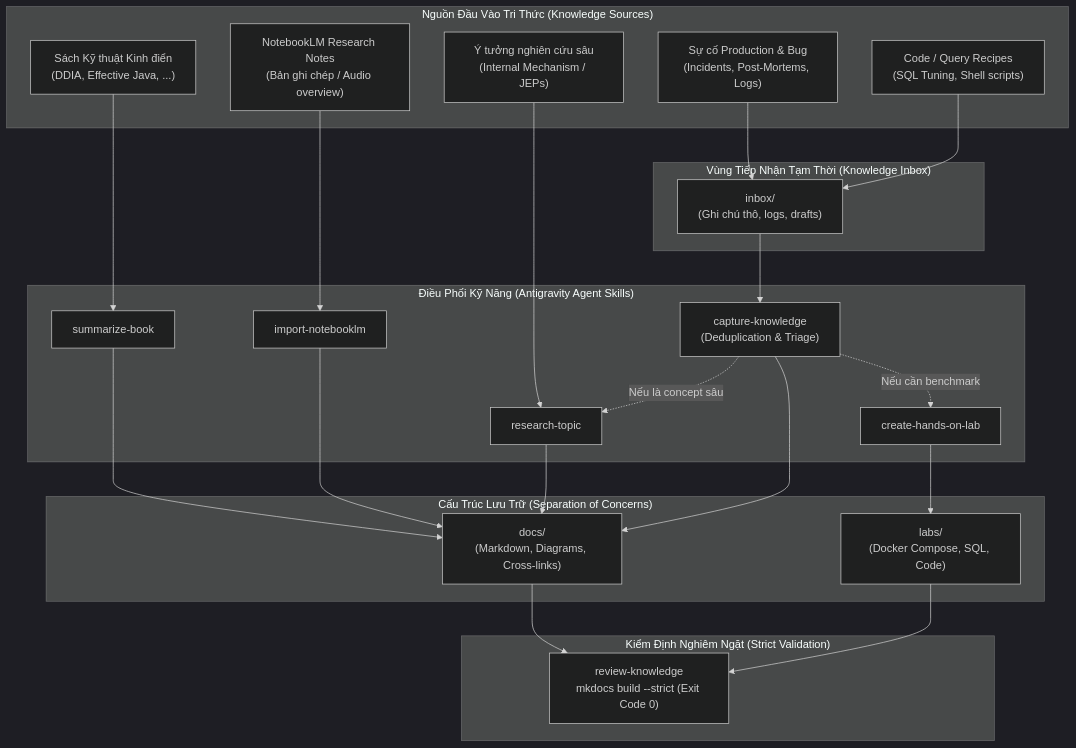
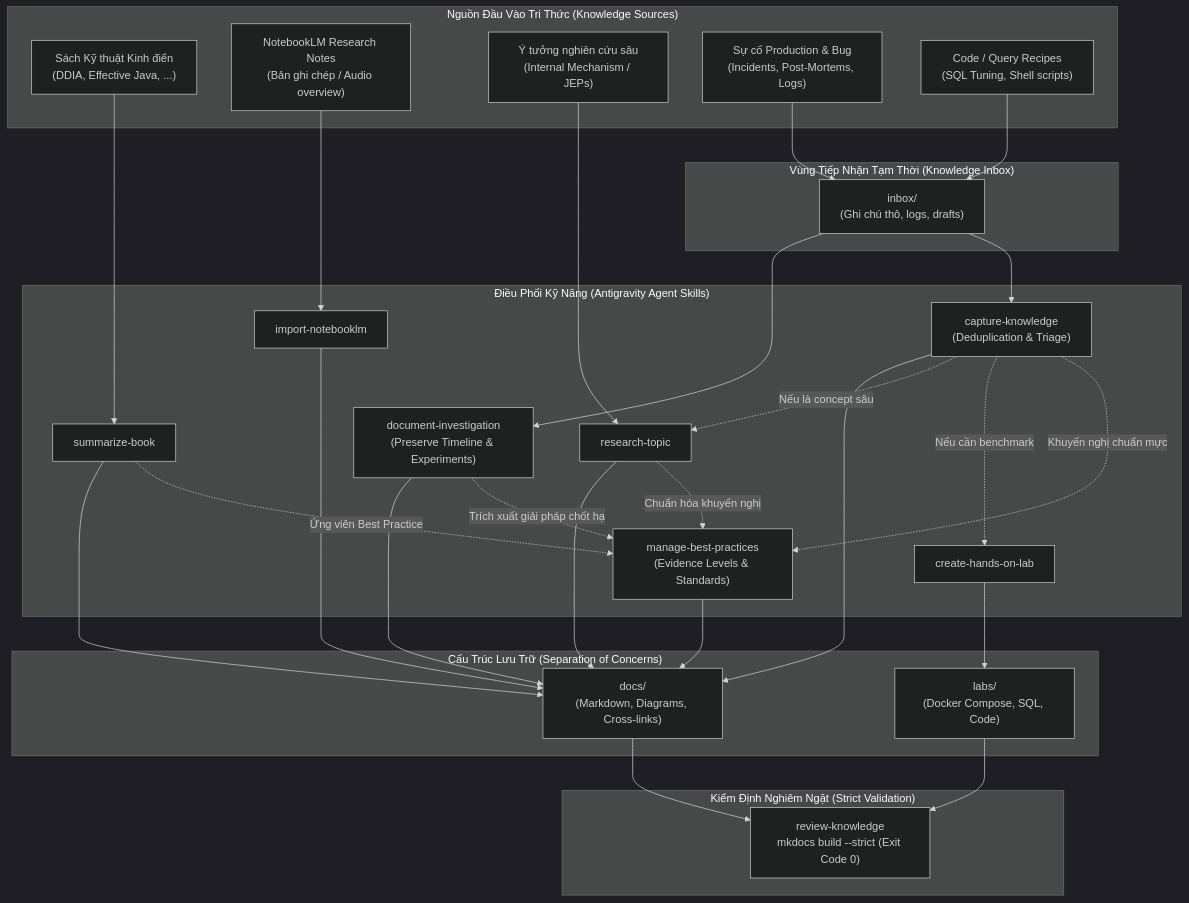
The diagram in docs/standards/unified-workflow.md (Deploy-Website/developer-knowledge-base), drawn with Mermaid (dark theme) before and after one commit. The commit also changed other lines of this file and 39 other files, not shown here.

````diff
--- a/docs/standards/unified-workflow.md
+++ b/docs/standards/unified-workflow.md
@@ -12,33 +12,38 @@
 ```mermaid
 graph TD
     subgraph Inputs["Nguồn Đầu Vào Tri Thức (Knowledge Sources)"]
         In1["Sách Kỹ thuật Kinh điển<br/>(DDIA, Effective Java, ...)"]
         In2["NotebookLM Research Notes<br/>(Bản ghi chép / Audio overview)"]
         In3["Ý tưởng nghiên cứu sâu<br/>(Internal Mechanism / JEPs)"]
         In4["Sự cố Production & Bug<br/>(Incidents, Post-Mortems, Logs)"]
         In5["Code / Query Recipes<br/>(SQL Tuning, Shell scripts)"]
     end
 
     subgraph Inbox_Staging["Vùng Tiếp Nhận Tạm Thời (Knowledge Inbox)"]
         In4 & In5 --> Inbox["inbox/<br/>(Ghi chú thô, logs, drafts)"]
     end
 
     subgraph Skills_Router["Điều Phối Kỹ Năng (Antigravity Agent Skills)"]
         In1 --> Sk_Book["summarize-book"]
         In2 --> Sk_NLM["import-notebooklm"]
         In3 --> Sk_Research["research-topic"]
         Inbox --> Sk_Capture["capture-knowledge<br/>(Deduplication & Triage)"]
+        Inbox --> Sk_Inv["document-investigation<br/>(Preserve Timeline & Experiments)"]
         
+        Sk_Inv -.->|Trích xuất giải pháp chốt hạ| Sk_BP["manage-best-practices<br/>(Evidence Levels & Standards)"]
+        Sk_Capture -.->|Khuyến nghị chuẩn mực| Sk_BP
+        Sk_Book -.->|Ứng viên Best Practice| Sk_BP
+        Sk_Research -.->|Chuẩn hóa khuyến nghị| Sk_BP
         Sk_Capture -.->|Nếu cần benchmark| Sk_Lab["create-hands-on-lab"]
         Sk_Capture -.->|Nếu là concept sâu| Sk_Research
     end
 
     subgraph Storage_Layer["Cấu Trúc Lưu Trữ (Separation of Concerns)"]
-        Sk_Book & Sk_NLM & Sk_Research & Sk_Capture --> Docs["docs/<br/>(Markdown, Diagrams, Cross-links)"]
+        Sk_Book & Sk_NLM & Sk_Research & Sk_Capture & Sk_Inv & Sk_BP --> Docs["docs/<br/>(Markdown, Diagrams, Cross-links)"]
         Sk_Lab --> Labs["labs/<br/>(Docker Compose, SQL, Code)"]
     end
 
     subgraph Audit_Validation["Kiểm Định Nghiêm Ngặt (Strict Validation)"]
         Docs & Labs --> Sk_Review["review-knowledge<br/>mkdocs build --strict (Exit Code 0)"]
     end
 ```
````
